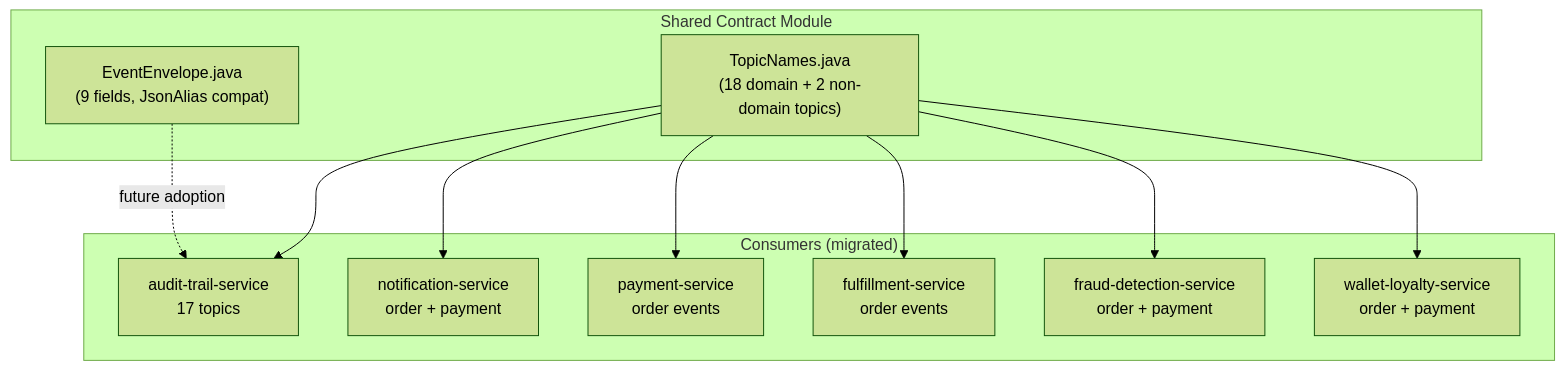
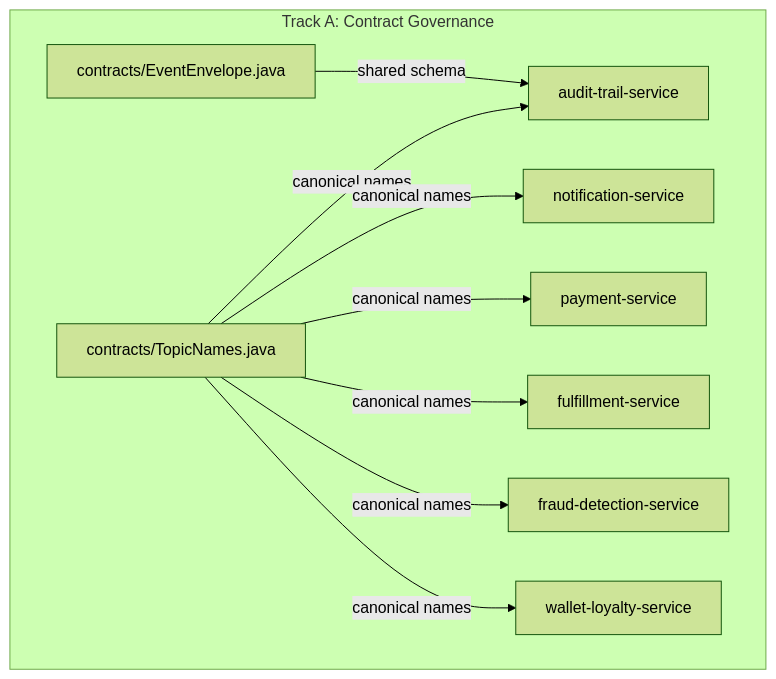
One commit to sunitakeazycommerz-a11y/InstaCommerce changed the first of 4 diagrams in docs/reviews/iter3/WAVE-30-IMPLEMENTATION.md. Above: the diagram before and after it, drawn with Mermaid (forest theme). The commit also changed other lines of this file and 646 other files, not shown here.

First line of the commit message:
feat(platform): harden edge tier, standardize monorepo architecture, and archive historical docs

````diff
--- a/docs/reviews/iter3/WAVE-30-IMPLEMENTATION.md
+++ b/docs/reviews/iter3/WAVE-30-IMPLEMENTATION.md
@@ -28,24 +55,12 @@
 ```mermaid
 graph TD
-    subgraph "Shared Contract Module"
-        TN["TopicNames.java<br/>(18 domain + 2 non-domain topics)"]
-        EE["EventEnvelope.java<br/>(9 fields, JsonAlias compat)"]
+    subgraph "Track A: Contract Governance"
+        TC[contracts/TopicNames.java] --> |canonical names| ATS[audit-trail-service]
+        TC --> |canonical names| NS[notification-service]
+        TC --> |canonical names| PS[payment-service]
+        TC --> |canonical names| FS[fulfillment-service]
+        TC --> |canonical names| FDS[fraud-detection-service]
+        TC --> |canonical names| WLS[wallet-loyalty-service]
+        EE[contracts/EventEnvelope.java] --> |shared schema| ATS
     end
-
-    subgraph "Consumers (migrated)"
-        ATS[audit-trail-service<br/>17 topics]
-        NS[notification-service<br/>order + payment]
-        PS[payment-service<br/>order events]
-        FS[fulfillment-service<br/>order events]
-        FDS[fraud-detection-service<br/>order + payment]
-        WLS[wallet-loyalty-service<br/>order + payment]
-    end
-
-    TN --> ATS
-    TN --> NS
-    TN --> PS
-    TN --> FS
-    TN --> FDS
-    TN --> WLS
-    EE -.->|"future adoption"| ATS
 ```
````
